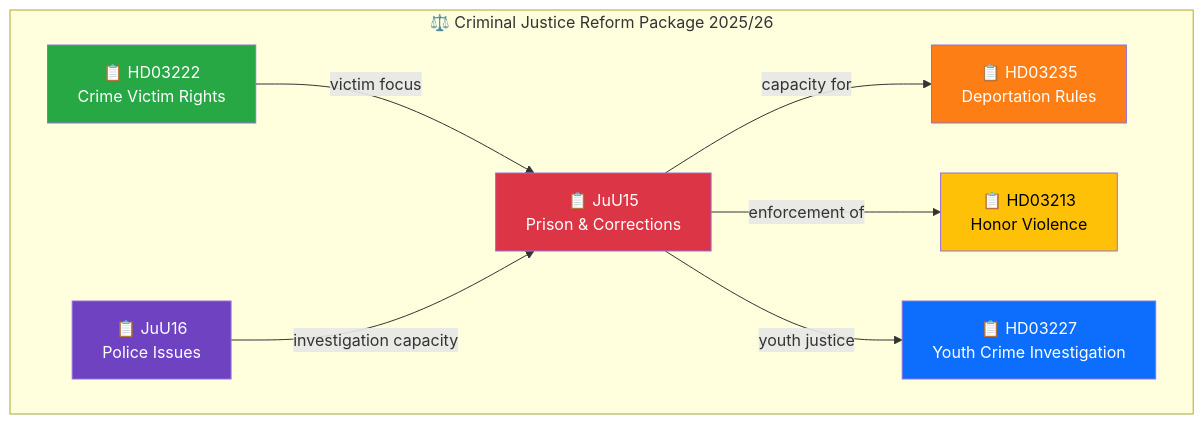
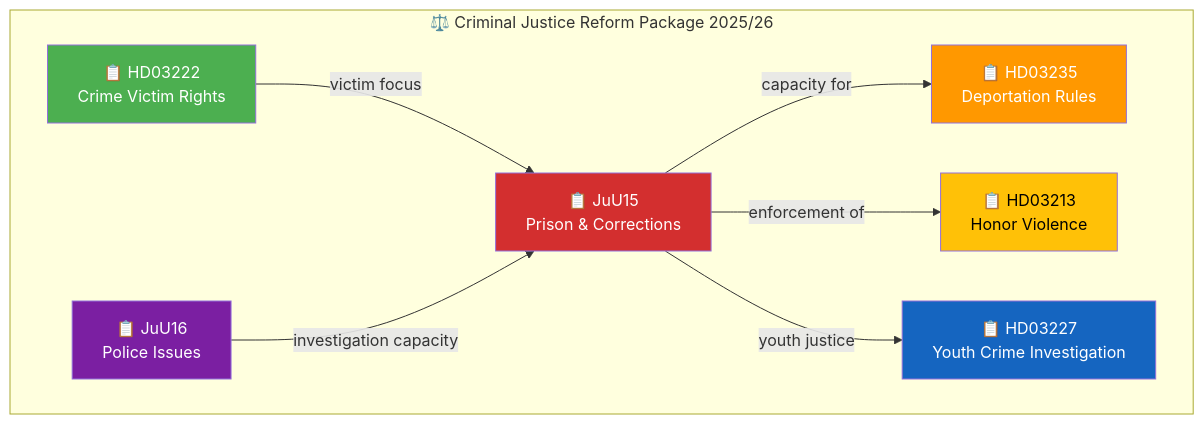
The diagram in analysis/daily/2026-04-05/realtime-1212/documents/HD01JuU15-analysis.md (Hack23/riksdagsmonitor), drawn with Mermaid before and after one commit. The commit also changed 785 other files, not shown here.

First line of the commit message:
Normalize mermaid colors across 786 analysis artifacts to ISMS Style Guide palette

````diff
--- a/analysis/daily/2026-04-05/realtime-1212/documents/HD01JuU15-analysis.md
+++ b/analysis/daily/2026-04-05/realtime-1212/documents/HD01JuU15-analysis.md
@@ -61,24 +61,24 @@
 ```mermaid
 graph TD
     subgraph "⚖️ Criminal Justice Reform Package 2025/26"
         JUU15["📋 JuU15<br/>Prison & Corrections"]
         HD235["📋 HD03235<br/>Deportation Rules"]
         HD213["📋 HD03213<br/>Honor Violence"]
         HD227["📋 HD03227<br/>Youth Crime Investigation"]
         HD222["📋 HD03222<br/>Crime Victim Rights"]
         JUU16["📋 JuU16<br/>Police Issues"]
     end
 
     JUU15 -->|"capacity for"| HD235
     JUU15 -->|"enforcement of"| HD213
     JUU15 -->|"youth justice"| HD227
     HD222 -->|"victim focus"| JUU15
     JUU16 -->|"investigation capacity"| JUU15
 
-    style JUU15 fill:#dc3545,color:#fff
-    style HD235 fill:#fd7e14,color:#fff
-    style HD213 fill:#ffc107,color:#000
-    style HD227 fill:#0d6efd,color:#fff
-    style HD222 fill:#28a745,color:#fff
-    style JUU16 fill:#6f42c1,color:#fff
+    style JUU15 fill:#D32F2F,color:#FFFFFF
+    style HD235 fill:#FF9800,color:#FFFFFF
+    style HD213 fill:#FFC107,color:#000000
+    style HD227 fill:#1565C0,color:#FFFFFF
+    style HD222 fill:#4CAF50,color:#FFFFFF
+    style JUU16 fill:#7B1FA2,color:#FFFFFF
 ```
````
